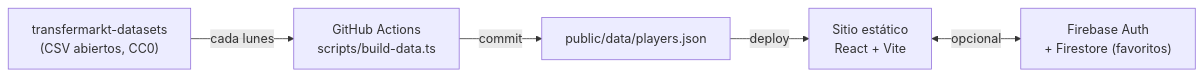
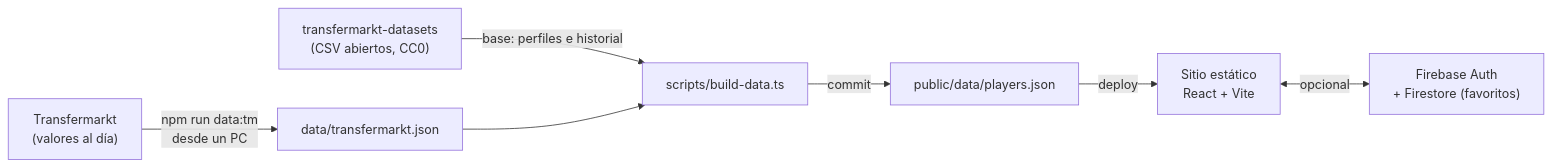
One commit to gianni28/nextplayer changed the diagram in README.md. Above: the diagram before and after it, drawn with Mermaid. The commit also changed other lines of this file and 10 other files, not shown here.

First line of the commit message:
Valores al día consultando Transfermarkt desde un PC

````diff
--- a/README.md
+++ b/README.md
@@ -17,7 +17,9 @@
 ```mermaid
 flowchart LR
-  A["transfermarkt-datasets<br/>(CSV abiertos, CC0)"] -->|cada lunes| B["GitHub Actions<br/>scripts/build-data.ts"]
+  A["transfermarkt-datasets<br/>(CSV abiertos, CC0)"] -->|base: perfiles e historial| B["scripts/build-data.ts"]
+  T["Transfermarkt<br/>(valores al día)"] -->|"npm run data:tm<br/>desde un PC"| K["data/transfermarkt.json"]
+  K --> B
   B -->|commit| C["public/data/players.json"]
   C -->|deploy| D["Sitio estático<br/>React + Vite"]
   D <-->|opcional| E["Firebase Auth<br/>+ Firestore (favoritos)"]
 ```
````
